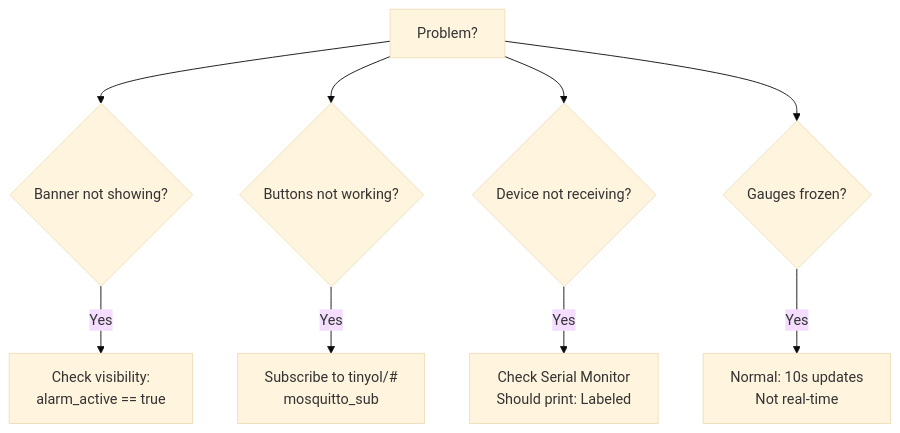
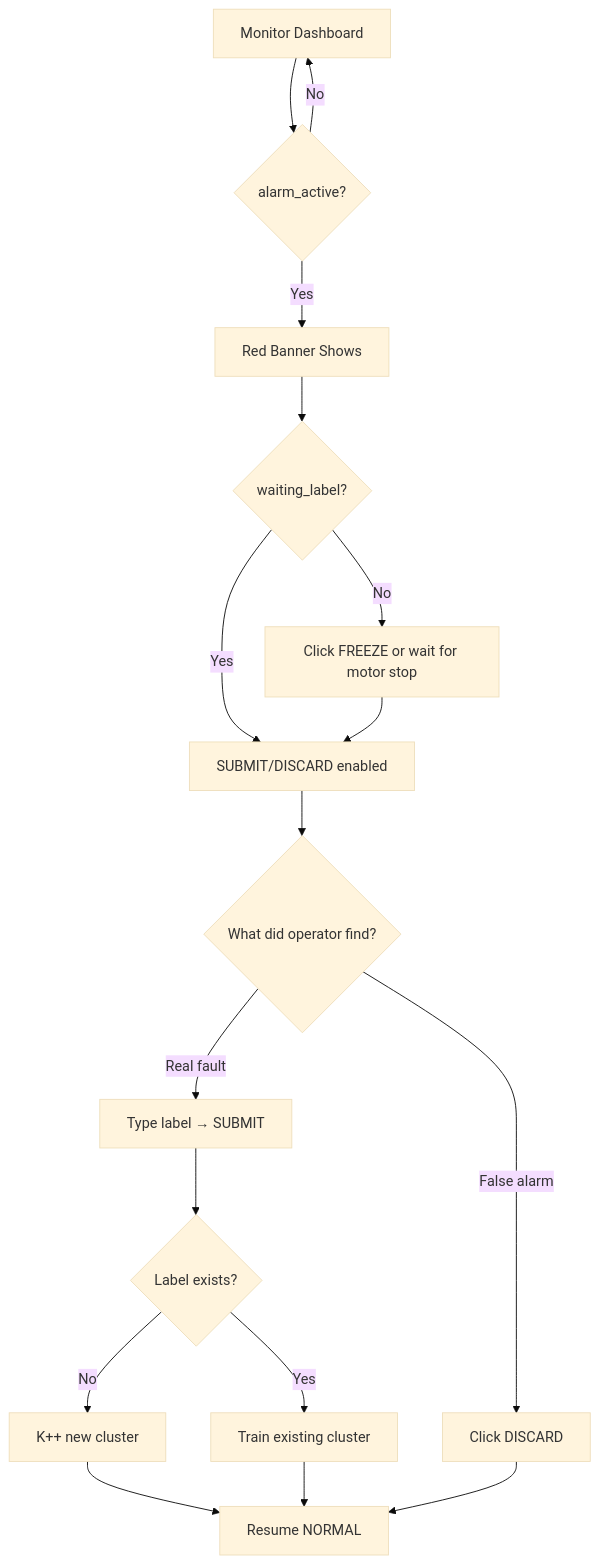
One commit to leekaize/tinyol-hitl changed the diagram in integrations/README.md. Above: the diagram before and after it, drawn with Mermaid (base theme). The commit also changed other lines of this file and 2 other files, not shown here.

````diff
--- a/integrations/README.md
+++ b/integrations/README.md
@@ -245,14 +214,24 @@
 ```mermaid
-graph TD
-    A[Problem?] --> B{Banner not showing?}
-    B -->|Yes| C[Check visibility:<br/>alarm_active == true]
+flowchart TD
+    A[Monitor Dashboard] --> B{alarm_active?}
+    B -->|No| A
+    B -->|Yes| C[Red Banner Shows]
 
-    A --> D{Buttons not working?}
-    D -->|Yes| E[Subscribe to tinyol/#<br/>mosquitto_sub]
+    C --> D{waiting_label?}
+    D -->|No| E[Click FREEZE or wait for motor stop]
+    D -->|Yes| F[SUBMIT/DISCARD enabled]
 
-    A --> F{Device not receiving?}
-    F -->|Yes| G[Check Serial Monitor<br/>Should print: Labeled]
+    E --> F
 
-    A --> H{Gauges frozen?}
-    H -->|Yes| I[Normal: 10s updates<br/>Not real-time]
+    F --> G{What did operator find?}
+    G -->|Real fault| H[Type label → SUBMIT]
+    G -->|False alarm| I[Click DISCARD]
+
+    H --> J{Label exists?}
+    J -->|No| K[K++ new cluster]
+    J -->|Yes| L[Train existing cluster]
+
+    K --> M[Resume NORMAL]
+    L --> M
+    I --> M
 ```
````
